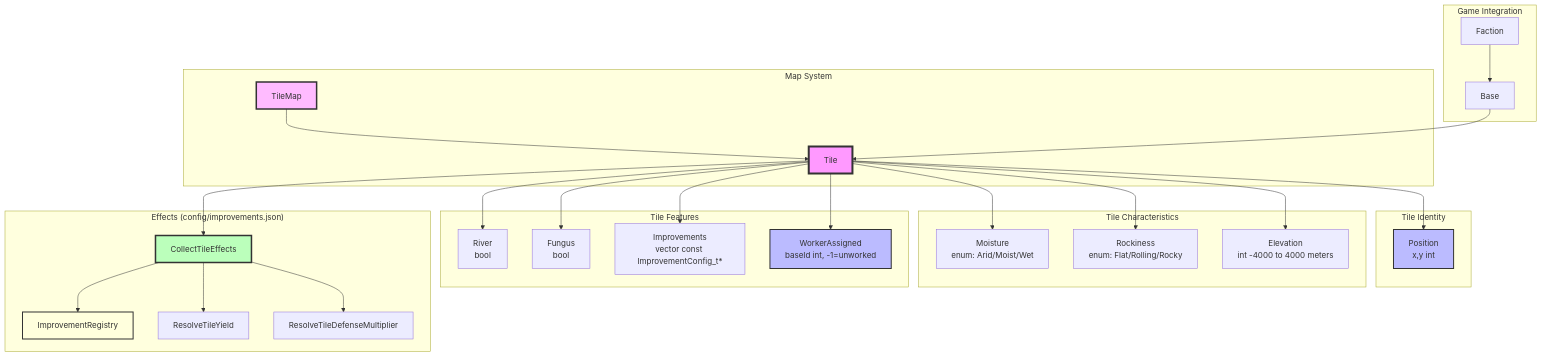
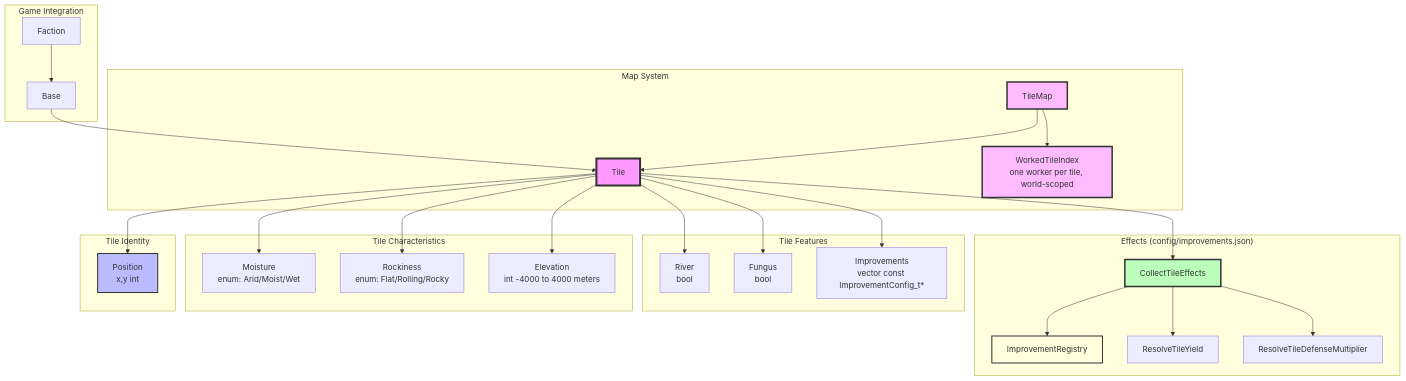
One commit to kilianloftis/alpha-centauri changed the first of 2 diagrams in docs/architecture/map-system.md. Above: the diagram before and after it, drawn with Mermaid. The commit also changed other lines of this file and 18 other files, not shown here.

Commit message:
Worked Tile rework

````diff
--- a/docs/architecture/map-system.md
+++ b/docs/architecture/map-system.md
@@ -3,59 +3,59 @@
 ```mermaid
 graph TB
     subgraph "Map System"
         TileMap[TileMap]
         Tile[Tile]
+        WorkedTileIndex[WorkedTileIndex<br/>one worker per tile, world-scoped]
     end
 
     subgraph "Tile Identity"
         Position[Position<br/>x,y int]
     end
 
     subgraph "Tile Characteristics"
         Moisture[Moisture<br/>enum: Arid/Moist/Wet]
         Rockiness[Rockiness<br/>enum: Flat/Rolling/Rocky]
         Elevation[Elevation<br/>int -4000 to 4000 meters]
     end
 
     subgraph "Tile Features"
         River[River<br/>bool]
         Fungus[Fungus<br/>bool]
         Improvements[Improvements<br/>vector const ImprovementConfig_t*]
-        WorkerAssigned[WorkerAssigned<br/>baseId int, -1=unworked]
     end
 
     subgraph "Effects (config/improvements.json)"
         ImprovementRegistry[ImprovementRegistry]
         CollectTileEffects[CollectTileEffects]
         ResolveTileYield[ResolveTileYield]
         ResolveTileDefenseMultiplier[ResolveTileDefenseMultiplier]
     end
 
     subgraph "Game Integration"
         Base[Base]
         Faction[Faction]
     end
 
     TileMap --> Tile
+    TileMap --> WorkedTileIndex
     Tile --> Position
     Tile --> Moisture
     Tile --> Rockiness
     Tile --> Elevation
     Tile --> River
     Tile --> Fungus
     Tile --> Improvements
-    Tile --> WorkerAssigned
     Tile --> CollectTileEffects
     CollectTileEffects --> ImprovementRegistry
     CollectTileEffects --> ResolveTileYield
     CollectTileEffects --> ResolveTileDefenseMultiplier
     Base --> Tile
     Faction --> Base
 
     style Tile fill:#f9f,stroke:#333,stroke-width:4px
     style TileMap fill:#fbf,stroke:#333,stroke-width:3px
     style Position fill:#bbf,stroke:#333,stroke-width:2px
-    style WorkerAssigned fill:#bbf,stroke:#333,stroke-width:2px
+    style WorkedTileIndex fill:#fbf,stroke:#333,stroke-width:3px
     style ImprovementRegistry fill:#ffd,stroke:#333,stroke-width:2px
     style CollectTileEffects fill:#bfb,stroke:#333,stroke-width:3px
 ```
````
